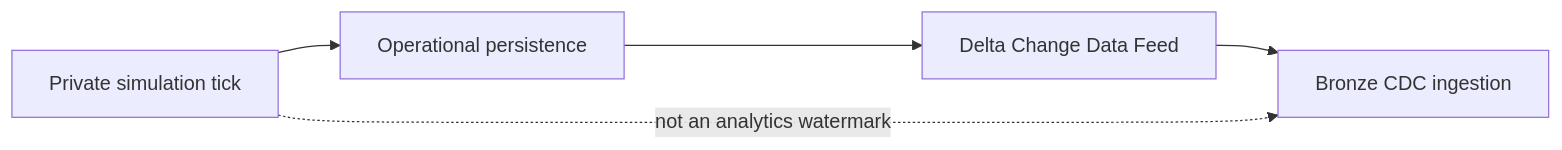
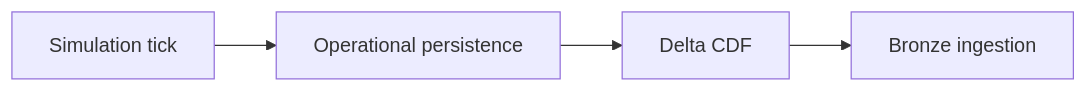
The fifth of 21 diagrams in README.md (brunolnetto/mro-job-as-code), drawn with Mermaid before and after one commit. The commit also changed other lines of this file, not shown here.

Commit message:
docs: simplify Mermaid diagrams and collapse README sections

````diff
--- a/README.md
+++ b/README.md
@@ -307,12 +282,6 @@
 ```mermaid
-flowchart LR
-    T["Private simulation tick"]
-    OP["Operational persistence"]
-    CDF["Delta Change Data Feed"]
-    B["Bronze CDC ingestion"]
-
-    T --> OP
-    OP --> CDF
-    CDF --> B
-    T -. not an analytics watermark .-> B
+graph LR
+    T[Simulation tick] --> OP[Operational persistence]
+    OP --> CDF[Delta CDF]
+    CDF --> B[Bronze ingestion]
 ```
````
